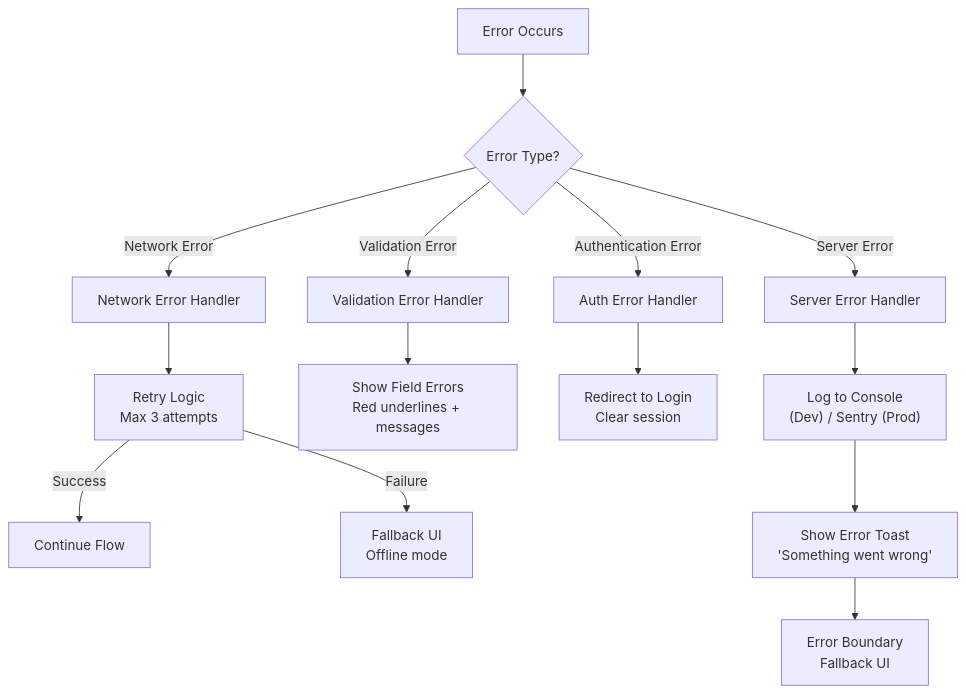
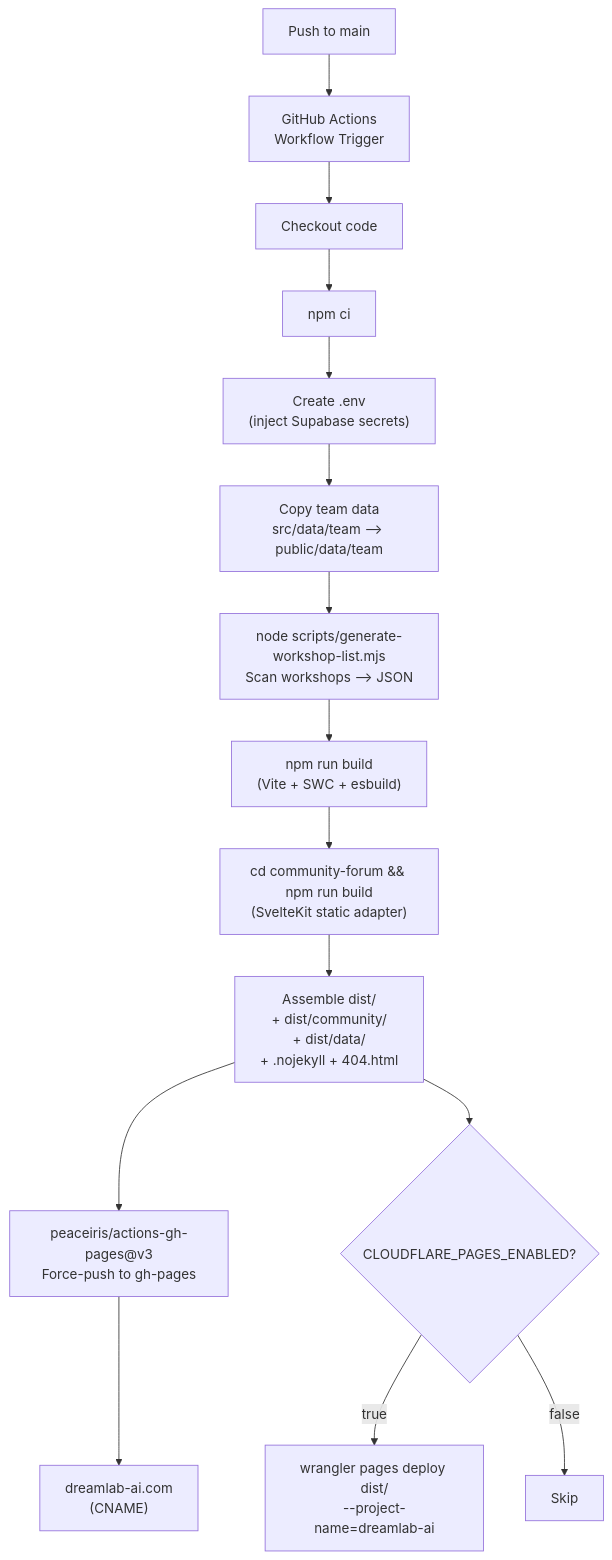
Diagram 16 of 18 in docs/architecture/DATA_FLOW.md (DreamLab-AI/dreamlab-ai-website), drawn with Mermaid before and after one commit. The commit also changed other lines of this file and 49 other files, not shown here.

````diff
--- a/docs/architecture/DATA_FLOW.md
+++ b/docs/architecture/DATA_FLOW.md
@@ -541,22 +496,23 @@
 ```mermaid
 flowchart TB
-    Error["Error Occurs"] --> Type{Error Type?}
+    Push["Push to main"] --> GHA["GitHub Actions<br/>Workflow Trigger"]
 
-    Type -->|Network Error| NetworkHandler["Network Error Handler"]
-    Type -->|Validation Error| ValidationHandler["Validation Error Handler"]
-    Type -->|Authentication Error| AuthHandler["Auth Error Handler"]
-    Type -->|Server Error| ServerHandler["Server Error Handler"]
+    GHA --> Checkout["Checkout code"]
+    Checkout --> Install["npm ci"]
 
-    NetworkHandler --> Retry["Retry Logic<br/>Max 3 attempts"]
-    Retry -->|Success| Success["Continue Flow"]
-    Retry -->|Failure| Fallback["Fallback UI<br/>Offline mode"]
+    Install --> Env["Create .env<br/>(inject Supabase secrets)"]
+    Env --> TeamData["Copy team data<br/>src/data/team --> public/data/team"]
+    TeamData --> GenWorkshops["node scripts/generate-workshop-list.mjs<br/>Scan workshops --> JSON"]
 
-    ValidationHandler --> Form["Show Field Errors<br/>Red underlines + messages"]
+    GenWorkshops --> BuildMain["npm run build<br/>(Vite + SWC + esbuild)"]
+    BuildMain --> BuildForum["cd community-forum && npm run build<br/>(SvelteKit static adapter)"]
 
-    AuthHandler --> Redirect["Redirect to Login<br/>Clear session"]
+    BuildForum --> Assemble["Assemble dist/<br/>+ dist/community/<br/>+ dist/data/<br/>+ .nojekyll + 404.html"]
 
-    ServerHandler --> Log["Log to Console<br/>(Dev) / Sentry (Prod)"]
-    Log --> Toast["Show Error Toast<br/>'Something went wrong'"]
+    Assemble --> Deploy["peaceiris/actions-gh-pages@v3<br/>Force-push to gh-pages"]
+    Deploy --> Live["dreamlab-ai.com<br/>(CNAME)"]
 
-    Toast --> ErrorBoundary["Error Boundary<br/>Fallback UI"]
+    Assemble --> CFDeploy{CLOUDFLARE_PAGES_ENABLED?}
+    CFDeploy -->|true| Wrangler["wrangler pages deploy dist/<br/>--project-name=dreamlab-ai"]
+    CFDeploy -->|false| Skip["Skip"]
 ```
````
